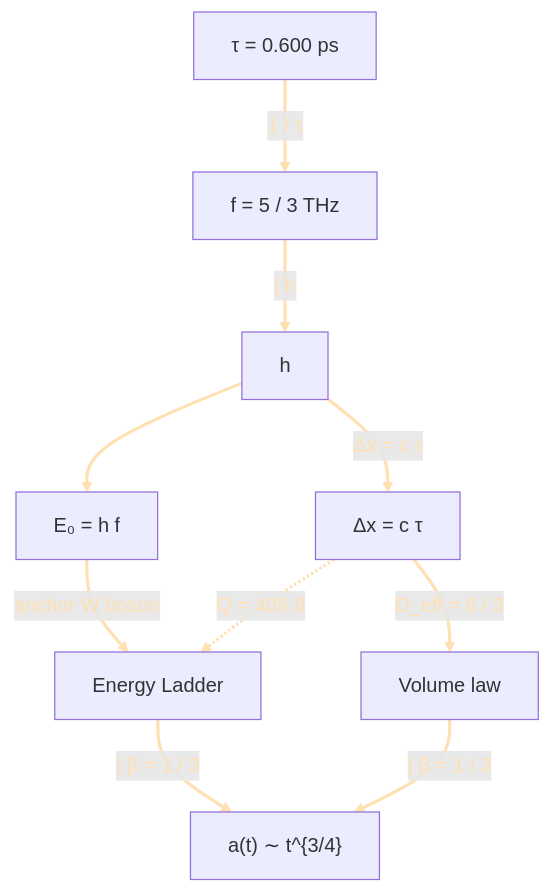
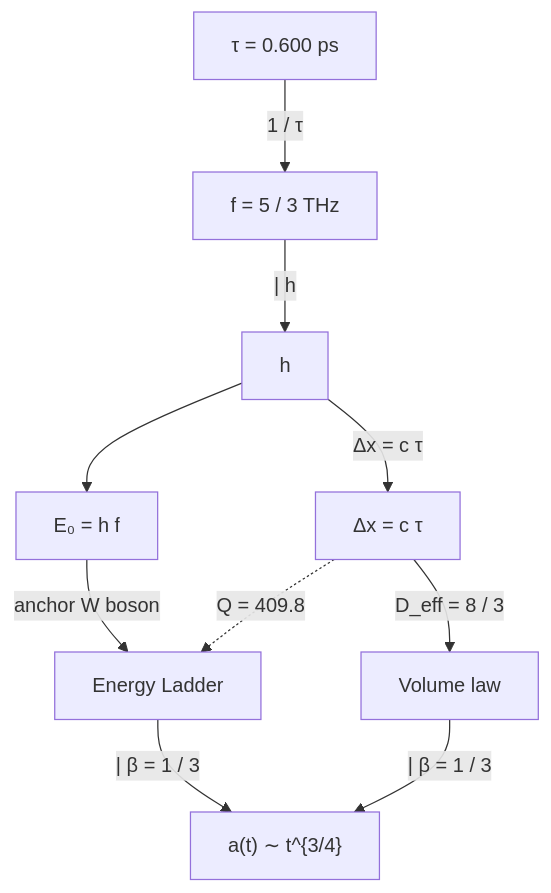
Before and after one commit to CosmicReplicator/AeonLoop: the diagram in Papers/Formulas_II.md, drawn with Mermaid.

```diff
--- a/Papers/Formulas_II.md
+++ b/Papers/Formulas_II.md
@@ -8,14 +8,13 @@
 <div class="mermaid" markdown="0">
 flowchart TD
   A["τ = 0.600 ps"] -- "1 / τ" --> B
   B["f = 5 / 3 THz"] --| h --> C[h]
   C --> D["E₀ = h f"]
   C -- "Δx = c τ" --> E["Δx = c τ"]
   E -- "D_eff = 8 / 3" --> F["Volume law"]
   D -- "anchor W boson" --> G["Energy Ladder"]
   G --| β = 1 / 3 --> H["a(t) ∼ t^{3/4}"]
   F --| β = 1 / 3 --> H
   E  -. "Q = 409.8" .-> G
-  %%  ONE line: every arrow & line turns cream
-  linkStyle default stroke:#FFE0B2,stroke-width:2.5px,fill:none,color:#FFE0B2
+  
   </div>
```
